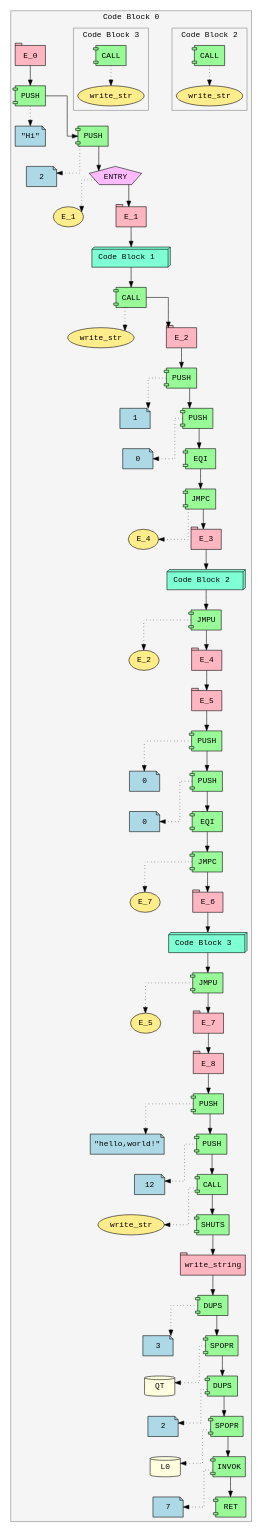
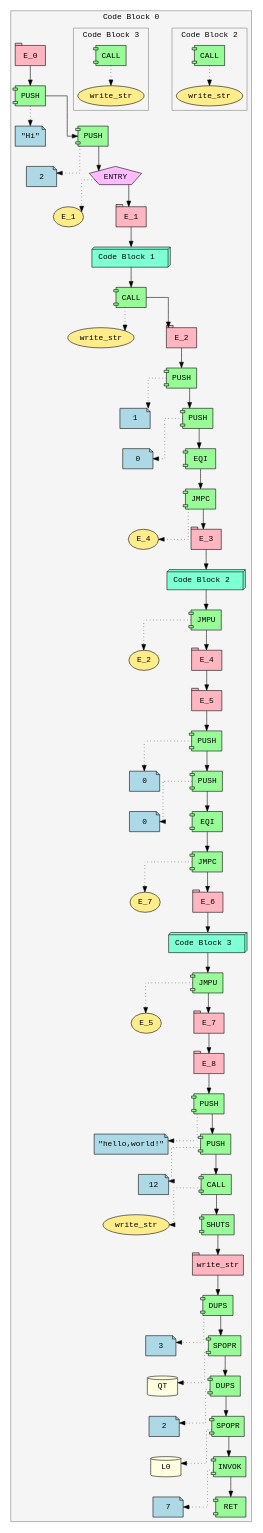
The diagram in ir.dot (Soham-Metha/IICT_Segfault_2025), drawn with Graphviz before and after one commit. The commit also changed 3 other files, not shown here.

```diff
--- a/ir.dot
+++ b/ir.dot
@@ -1,152 +1,152 @@
 digraph ir {
 splines=ortho;
 nodesep=0.8;
 ranksep=0.5;
 subgraph cluster_0 {
 label="Code Block 0 ";
 style=filled;
 color=gray;
 fillcolor=whitesmoke;
 fontname="Courier";
 Expr_1 [shape=tab style=filled fillcolor=lightpink fontname="Courier" label="E_0"]
 Expr_2 [shape=component style=filled fillcolor=palegreen fontname="Courier" label="PUSH"]
 Expr_3 [shape=note style=filled fillcolor=lightblue fontname="Courier" label="\"Hi\""]
 Expr_2 -> Expr_3 [style=dotted]
 Expr_1 -> Expr_2;
 Expr_4 [shape=component style=filled fillcolor=palegreen fontname="Courier" label="PUSH"]
 Expr_5 [shape=note style=filled fillcolor=lightblue fontname="Courier" label="2"]
 Expr_4 -> Expr_5 [style=dotted]
 Expr_2 -> Expr_4;
 Expr_6 [shape=pentagon style=filled fillcolor=plum1 fontname="Courier" label="ENTRY"]
 Expr_7 [shape=ellipse style=filled fillcolor=lightgoldenrod1 fontname="Courier" label="E_1"]
 Expr_6 -> Expr_7 [style=dotted]
 Expr_4 -> Expr_6;
 Expr_8 [shape=tab style=filled fillcolor=lightpink fontname="Courier" label="E_1"]
 Expr_6 -> Expr_8;
 subgraph cluster_9 {
 label="Code Block 1 ";
 style=filled;
 color=gray;
 fillcolor=whitesmoke;
 fontname="Courier";
 }
 Expr_9 [shape=box3d style=filled fillcolor=aquamarine fontname="Courier" label=" Code Block 1  "]
 Expr_8 -> Expr_9;
 Expr_10 [shape=component style=filled fillcolor=palegreen fontname="Courier" label="CALL"]
 Expr_11 [shape=ellipse style=filled fillcolor=lightgoldenrod1 fontname="Courier" label="write_str"]
 Expr_10 -> Expr_11 [style=dotted]
 Expr_9 -> Expr_10;
 Expr_12 [shape=tab style=filled fillcolor=lightpink fontname="Courier" label="E_2"]
 Expr_10 -> Expr_12;
 Expr_13 [shape=component style=filled fillcolor=palegreen fontname="Courier" label="PUSH"]
 Expr_14 [shape=note style=filled fillcolor=lightblue fontname="Courier" label="1"]
 Expr_13 -> Expr_14 [style=dotted]
 Expr_12 -> Expr_13;
 Expr_15 [shape=component style=filled fillcolor=palegreen fontname="Courier" label="PUSH"]
 Expr_16 [shape=note style=filled fillcolor=lightblue fontname="Courier" label="0"]
 Expr_15 -> Expr_16 [style=dotted]
 Expr_13 -> Expr_15;
 Expr_17 [shape=component style=filled fillcolor=palegreen fontname="Courier" label="EQI"]
 Expr_15 -> Expr_17;
 Expr_18 [shape=component style=filled fillcolor=palegreen fontname="Courier" label="JMPC"]
 Expr_19 [shape=ellipse style=filled fillcolor=lightgoldenrod1 fontname="Courier" label="E_4"]
 Expr_18 -> Expr_19 [style=dotted]
 Expr_17 -> Expr_18;
 Expr_20 [shape=tab style=filled fillcolor=lightpink fontname="Courier" label="E_3"]
 Expr_18 -> Expr_20;
 subgraph cluster_21 {
 label="Code Block 2 ";
 style=filled;
 color=gray;
 fillcolor=whitesmoke;
 fontname="Courier";
 Expr_22 [shape=component style=filled fillcolor=palegreen fontname="Courier" label="CALL"]
 Expr_23 [shape=ellipse style=filled fillcolor=lightgoldenrod1 fontname="Courier" label="write_str"]
 Expr_22 -> Expr_23 [style=dotted]
 }
 Expr_21 [shape=box3d style=filled fillcolor=aquamarine fontname="Courier" label=" Code Block 2  "]
 Expr_20 -> Expr_21;
 Expr_24 [shape=component style=filled fillcolor=palegreen fontname="Courier" label="JMPU"]
 Expr_25 [shape=ellipse style=filled fillcolor=lightgoldenrod1 fontname="Courier" label="E_2"]
 Expr_24 -> Expr_25 [style=dotted]
 Expr_21 -> Expr_24;
 Expr_26 [shape=tab style=filled fillcolor=lightpink fontname="Courier" label="E_4"]
 Expr_24 -> Expr_26;
 Expr_27 [shape=tab style=filled fillcolor=lightpink fontname="Courier" label="E_5"]
 Expr_26 -> Expr_27;
 Expr_28 [shape=component style=filled fillcolor=palegreen fontname="Courier" label="PUSH"]
 Expr_29 [shape=note style=filled fillcolor=lightblue fontname="Courier" label="0"]
 Expr_28 -> Expr_29 [style=dotted]
 Expr_27 -> Expr_28;
 Expr_30 [shape=component style=filled fillcolor=palegreen fontname="Courier" label="PUSH"]
 Expr_31 [shape=note style=filled fillcolor=lightblue fontname="Courier" label="0"]
 Expr_30 -> Expr_31 [style=dotted]
 Expr_28 -> Expr_30;
 Expr_32 [shape=component style=filled fillcolor=palegreen fontname="Courier" label="EQI"]
 Expr_30 -> Expr_32;
 Expr_33 [shape=component style=filled fillcolor=palegreen fontname="Courier" label="JMPC"]
 Expr_34 [shape=ellipse style=filled fillcolor=lightgoldenrod1 fontname="Courier" label="E_7"]
 Expr_33 -> Expr_34 [style=dotted]
 Expr_32 -> Expr_33;
 Expr_35 [shape=tab style=filled fillcolor=lightpink fontname="Courier" label="E_6"]
 Expr_33 -> Expr_35;
 subgraph cluster_36 {
 label="Code Block 3 ";
 style=filled;
 color=gray;
 fillcolor=whitesmoke;
 fontname="Courier";
 Expr_37 [shape=component style=filled fillcolor=palegreen fontname="Courier" label="CALL"]
 Expr_38 [shape=ellipse style=filled fillcolor=lightgoldenrod1 fontname="Courier" label="write_str"]
 Expr_37 -> Expr_38 [style=dotted]
 }
 Expr_36 [shape=box3d style=filled fillcolor=aquamarine fontname="Courier" label=" Code Block 3  "]
 Expr_35 -> Expr_36;
 Expr_39 [shape=component style=filled fillcolor=palegreen fontname="Courier" label="JMPU"]
 Expr_40 [shape=ellipse style=filled fillcolor=lightgoldenrod1 fontname="Courier" label="E_5"]
 Expr_39 -> Expr_40 [style=dotted]
 Expr_36 -> Expr_39;
 Expr_41 [shape=tab style=filled fillcolor=lightpink fontname="Courier" label="E_7"]
 Expr_39 -> Expr_41;
 Expr_42 [shape=tab style=filled fillcolor=lightpink fontname="Courier" label="E_8"]
 Expr_41 -> Expr_42;
 Expr_43 [shape=component style=filled fillcolor=palegreen fontname="Courier" label="PUSH"]
 Expr_44 [shape=note style=filled fillcolor=lightblue fontname="Courier" label="\"hello,world!\""]
 Expr_43 -> Expr_44 [style=dotted]
 Expr_42 -> Expr_43;
 Expr_45 [shape=component style=filled fillcolor=palegreen fontname="Courier" label="PUSH"]
 Expr_46 [shape=note style=filled fillcolor=lightblue fontname="Courier" label="12"]
 Expr_45 -> Expr_46 [style=dotted]
 Expr_43 -> Expr_45;
 Expr_47 [shape=component style=filled fillcolor=palegreen fontname="Courier" label="CALL"]
 Expr_48 [shape=ellipse style=filled fillcolor=lightgoldenrod1 fontname="Courier" label="write_str"]
 Expr_47 -> Expr_48 [style=dotted]
 Expr_45 -> Expr_47;
 Expr_49 [shape=component style=filled fillcolor=palegreen fontname="Courier" label="SHUTS"]
 Expr_47 -> Expr_49;
-Expr_50 [shape=tab style=filled fillcolor=lightpink fontname="Courier" label="write_string"]
+Expr_50 [shape=tab style=filled fillcolor=lightpink fontname="Courier" label="write_str"]
 Expr_49 -> Expr_50;
 Expr_51 [shape=component style=filled fillcolor=palegreen fontname="Courier" label="DUPS"]
 Expr_52 [shape=note style=filled fillcolor=lightblue fontname="Courier" label="3"]
 Expr_51 -> Expr_52 [style=dotted]
 Expr_50 -> Expr_51;
 Expr_53 [shape=component style=filled fillcolor=palegreen fontname="Courier" label="SPOPR"]
 Expr_54 [shape=cylinder style=filled fillcolor=lightyellow fontname="Courier" label="QT"]
 Expr_53 -> Expr_54 [style=dotted]
 Expr_51 -> Expr_53;
 Expr_55 [shape=component style=filled fillcolor=palegreen fontname="Courier" label="DUPS"]
 Expr_56 [shape=note style=filled fillcolor=lightblue fontname="Courier" label="2"]
 Expr_55 -> Expr_56 [style=dotted]
 Expr_53 -> Expr_55;
 Expr_57 [shape=component style=filled fillcolor=palegreen fontname="Courier" label="SPOPR"]
 Expr_58 [shape=cylinder style=filled fillcolor=lightyellow fontname="Courier" label="L0"]
 Expr_57 -> Expr_58 [style=dotted]
 Expr_55 -> Expr_57;
 Expr_59 [shape=component style=filled fillcolor=palegreen fontname="Courier" label="INVOK"]
 Expr_60 [shape=note style=filled fillcolor=lightblue fontname="Courier" label="7"]
 Expr_59 -> Expr_60 [style=dotted]
 Expr_57 -> Expr_59;
 Expr_61 [shape=component style=filled fillcolor=palegreen fontname="Courier" label="RET"]
 Expr_59 -> Expr_61;
 }
 }
```
